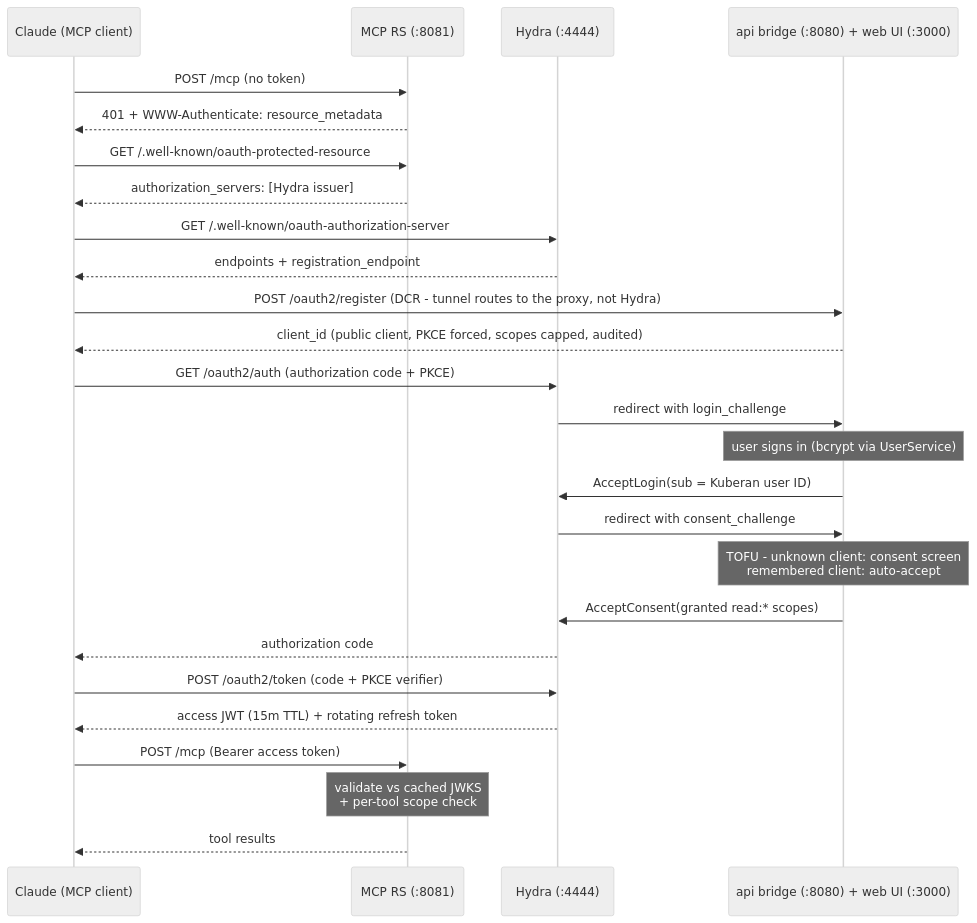
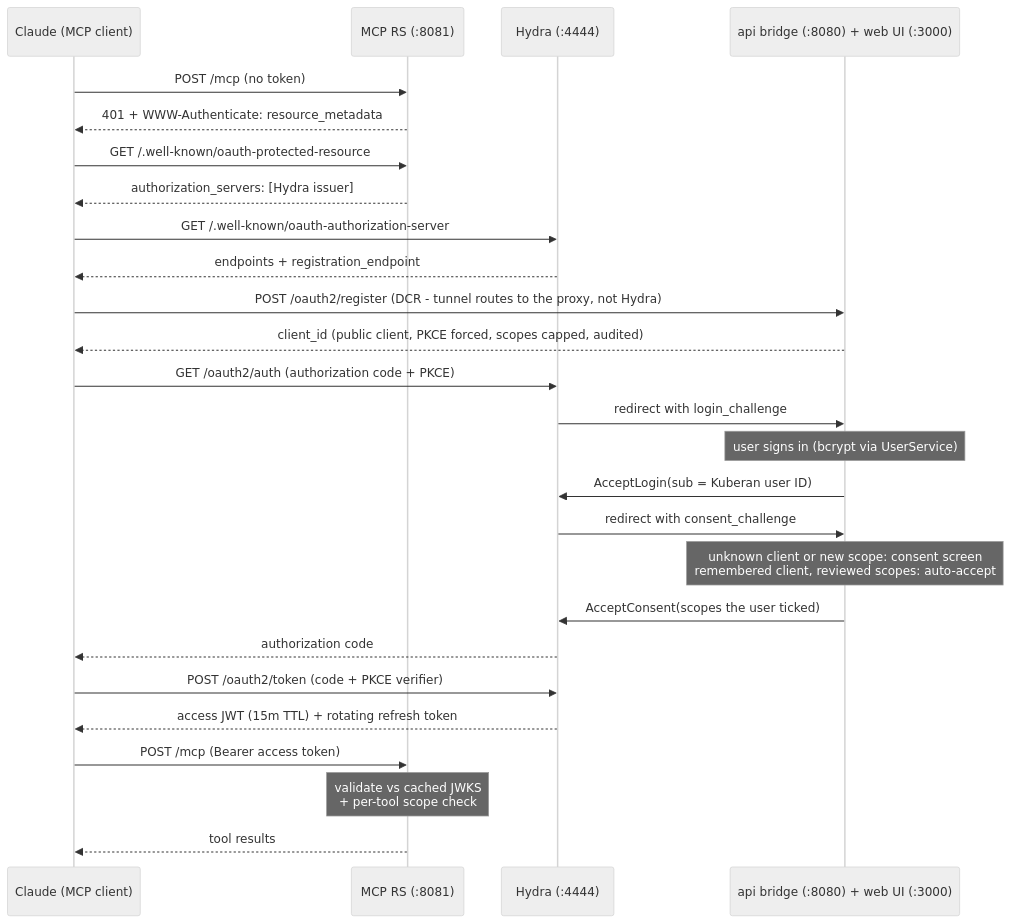
One commit to zihangg/kuberan changed the diagram in docs/mcp-oauth.md. Above: the diagram before and after it, drawn with Mermaid (neutral theme). The commit also changed other lines of this file and 5 other files, not shown here.

````diff
--- a/docs/mcp-oauth.md
+++ b/docs/mcp-oauth.md
@@ -56,29 +56,29 @@
 ```mermaid
 sequenceDiagram
     participant C as Claude (MCP client)
     participant RS as MCP RS (:8081)
     participant H as Hydra (:4444)
     participant K as api bridge (:8080) + web UI (:3000)
 
     C->>RS: POST /mcp (no token)
     RS-->>C: 401 + WWW-Authenticate: resource_metadata
     C->>RS: GET /.well-known/oauth-protected-resource
     RS-->>C: authorization_servers: [Hydra issuer]
     C->>H: GET /.well-known/oauth-authorization-server
     H-->>C: endpoints + registration_endpoint
     C->>K: POST /oauth2/register (DCR - tunnel routes to the proxy, not Hydra)
     K-->>C: client_id (public client, PKCE forced, scopes capped, audited)
     C->>H: GET /oauth2/auth (authorization code + PKCE)
     H->>K: redirect with login_challenge
     Note over K: user signs in (bcrypt via UserService)
     K->>H: AcceptLogin(sub = Kuberan user ID)
     H->>K: redirect with consent_challenge
-    Note over K: TOFU - unknown client: consent screen<br/>remembered client: auto-accept
-    K->>H: AcceptConsent(granted read:* scopes)
+    Note over K: unknown client or new scope: consent screen<br/>remembered client, reviewed scopes: auto-accept
+    K->>H: AcceptConsent(scopes the user ticked)
     H-->>C: authorization code
     C->>H: POST /oauth2/token (code + PKCE verifier)
     H-->>C: access JWT (15m TTL) + rotating refresh token
     C->>RS: POST /mcp (Bearer access token)
     Note over RS: validate vs cached JWKS<br/>+ per-tool scope check
     RS-->>C: tool results
 ```
````
